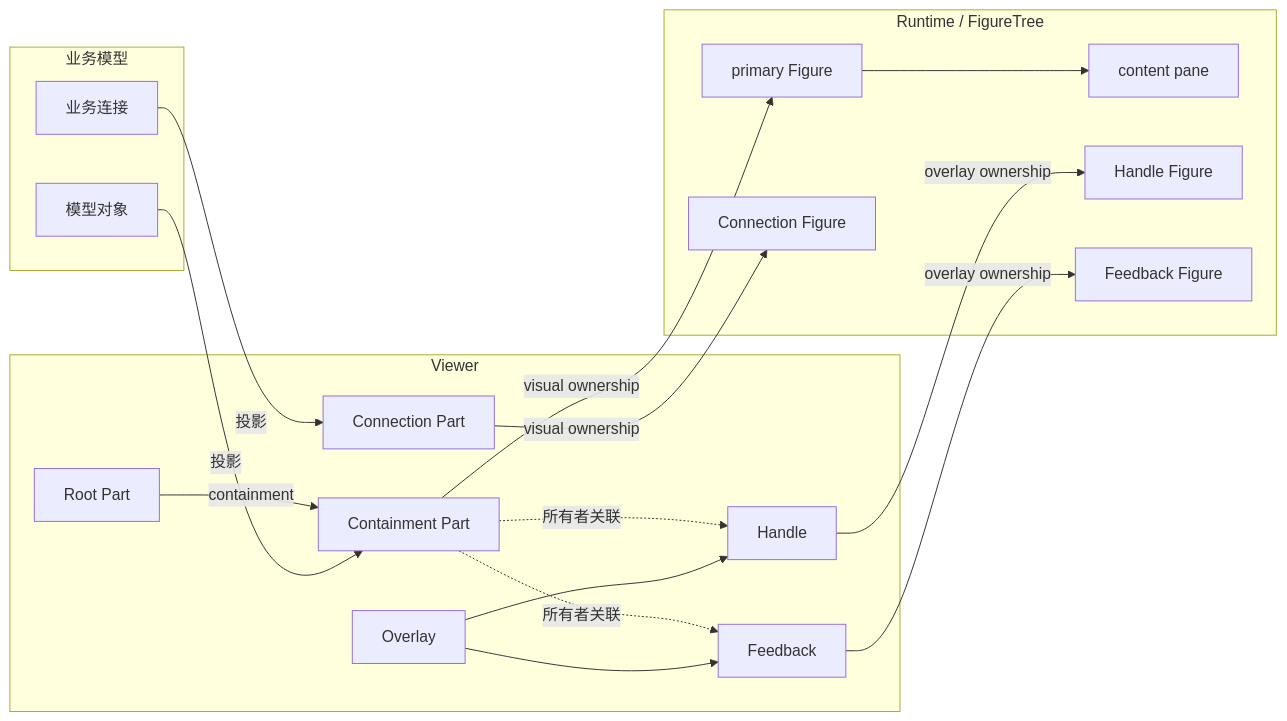
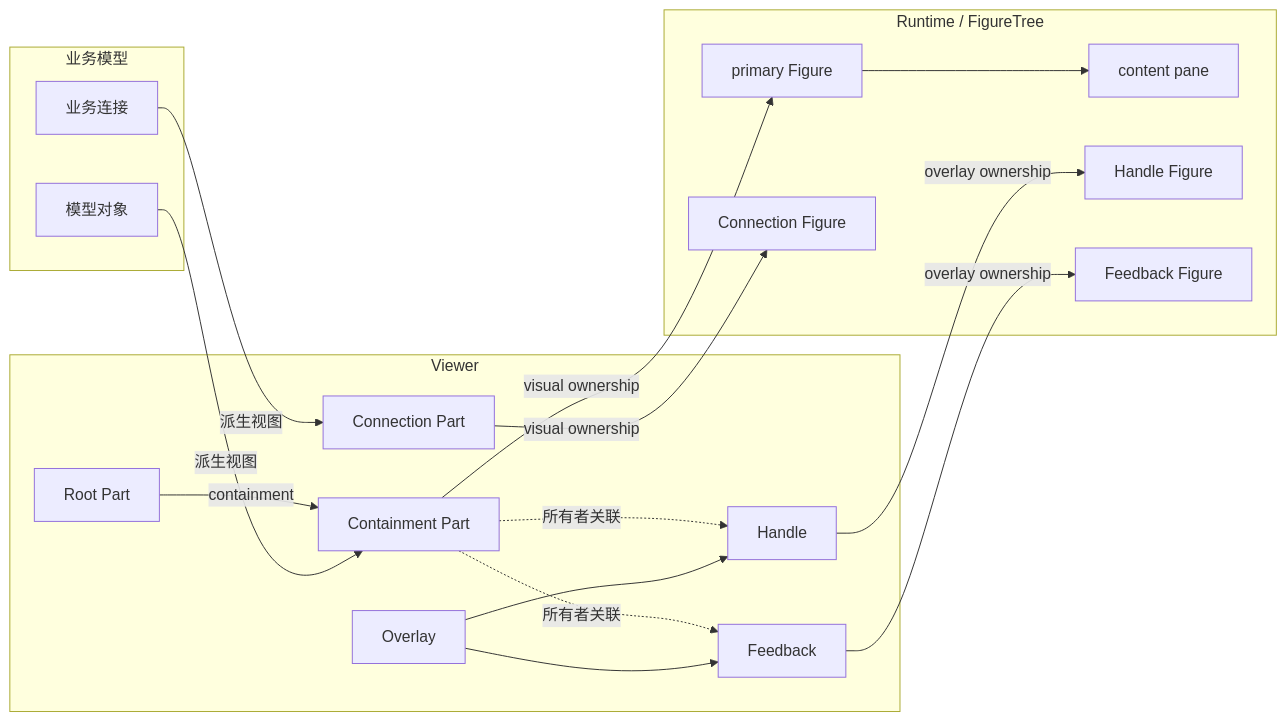
Before and after one commit to yezhang/novadraw: the third of 6 diagrams in engine/wasm_rust/novadraw/book/internals/src/appendix-concept-map.md, drawn with Mermaid. The commit also changed other lines of this file and 46 other files, not shown here.

````diff
--- a/engine/wasm_rust/novadraw/book/internals/src/appendix-concept-map.md
+++ b/engine/wasm_rust/novadraw/book/internals/src/appendix-concept-map.md
@@ -102,37 +102,37 @@
 ```mermaid
 flowchart LR
     subgraph Model[业务模型]
         ModelNode[模型对象]
         ModelConnection[业务连接]
     end
 
     subgraph Viewer[Viewer]
         RootPart[Root Part]
         Part[Containment Part]
         ConnectionPart[Connection Part]
         Overlay[Overlay]
         Handle[Handle]
         Feedback[Feedback]
     end
 
     subgraph Runtime[Runtime / FigureTree]
         Primary[primary Figure]
         Content[content pane]
         ConnectionFigure[Connection Figure]
         HandleFigure[Handle Figure]
         FeedbackFigure[Feedback Figure]
     end
 
-    ModelNode -->|投影| Part
-    ModelConnection -->|投影| ConnectionPart
+    ModelNode -->|派生视图| Part
+    ModelConnection -->|派生视图| ConnectionPart
     RootPart -->|containment| Part
     Part -->|visual ownership| Primary
     Primary --> Content
     ConnectionPart -->|visual ownership| ConnectionFigure
     Overlay --> Handle
     Overlay --> Feedback
     Handle -->|overlay ownership| HandleFigure
     Feedback -->|overlay ownership| FeedbackFigure
     Part -.所有者关联.-> Handle
     Part -.所有者关联.-> Feedback
 ```
````
